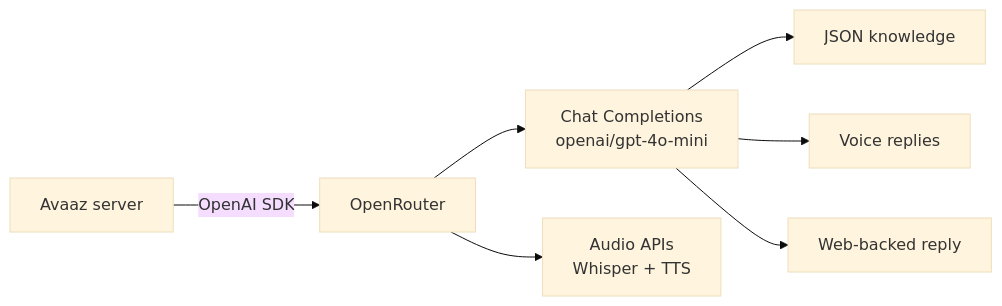
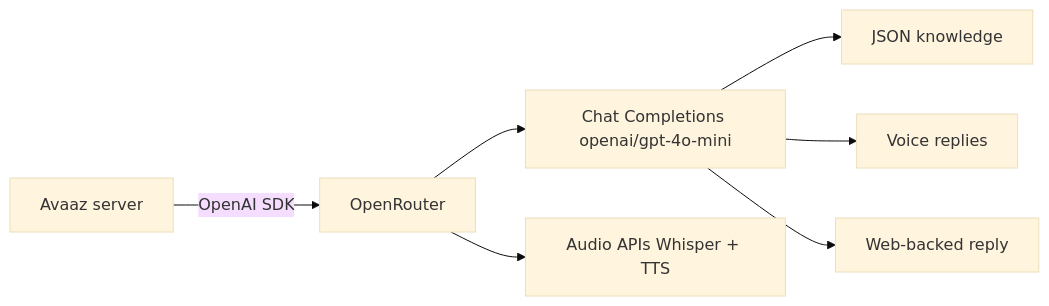
One commit to provanshh/avaaz changed the seventh of 9 diagrams in README.md. Above: the diagram before and after it, drawn with Mermaid (base theme). The commit also changed other lines of this file, not shown here.

````diff
--- a/README.md
+++ b/README.md
@@ -237,9 +347,9 @@
 ```mermaid
 flowchart LR
   App[Avaaz server] -->|OpenAI SDK| OR[OpenRouter]
-  OR --> Chat["Chat Completions<br/>openai/gpt-4o-mini"]
-  OR --> Audio["Audio APIs<br/>Whisper + TTS"]
+  OR --> Chat["Chat Completions openai/gpt-4o-mini"]
+  OR --> Audio["Audio APIs Whisper + TTS"]
   Chat --> Extract[JSON knowledge]
   Chat --> Reply[Voice replies]
   Chat --> Search[Web-backed reply]
 ```
````
